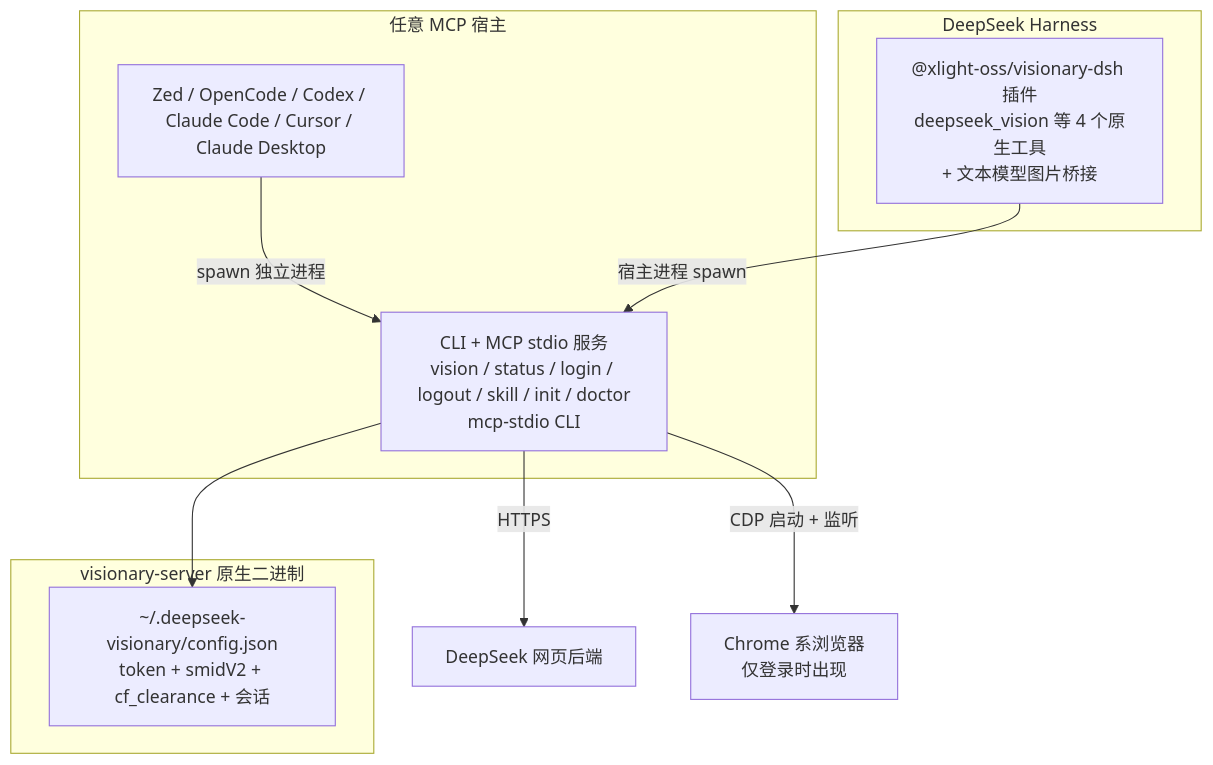
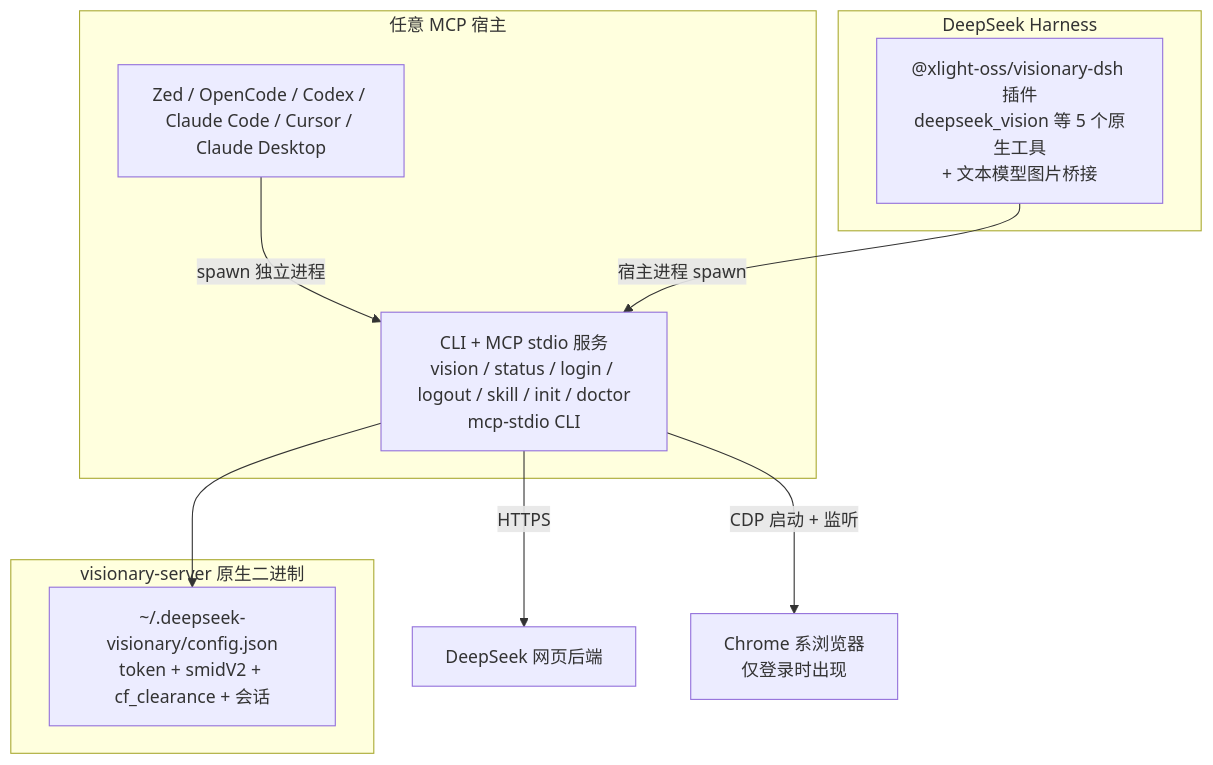
The diagram in README.md (xlight/deepseek-visionary), drawn with Mermaid before and after one commit. The commit also changed other lines of this file and 10 other files, not shown here.

````diff
--- a/README.md
+++ b/README.md
@@ -10,18 +10,18 @@
 ```mermaid
 graph TD
     subgraph 宿主[任意 MCP 宿主]
         AG["Zed / OpenCode / Codex / Claude Code / Cursor / Claude Desktop"]
         AG -->|spawn 独立进程| SRV
     end
     subgraph DSH[DeepSeek Harness]
-        DP["@xlight-oss/visionary-dsh 插件<br/>deepseek_vision 等 4 个原生工具<br/>+ 文本模型图片桥接"]
+        DP["@xlight-oss/visionary-dsh 插件<br/>deepseek_vision 等 5 个原生工具<br/>+ 文本模型图片桥接"]
         DP -->|宿主进程 spawn| SRV
     end
     subgraph visionary-server 原生二进制
         SRV["CLI + MCP stdio 服务<br/>vision / status / login / logout / skill / init / doctor<br/>mcp-stdio CLI"]
         CFG["~/.deepseek-visionary/config.json<br/>token + smidV2 + cf_clearance + 会话"]
         SRV --> CFG
     end
     SRV -->|HTTPS| DS["DeepSeek 网页后端"]
     SRV -->|CDP 启动 + 监听| BRO["Chrome 系浏览器<br/>仅登录时出现"]
 ```
````
